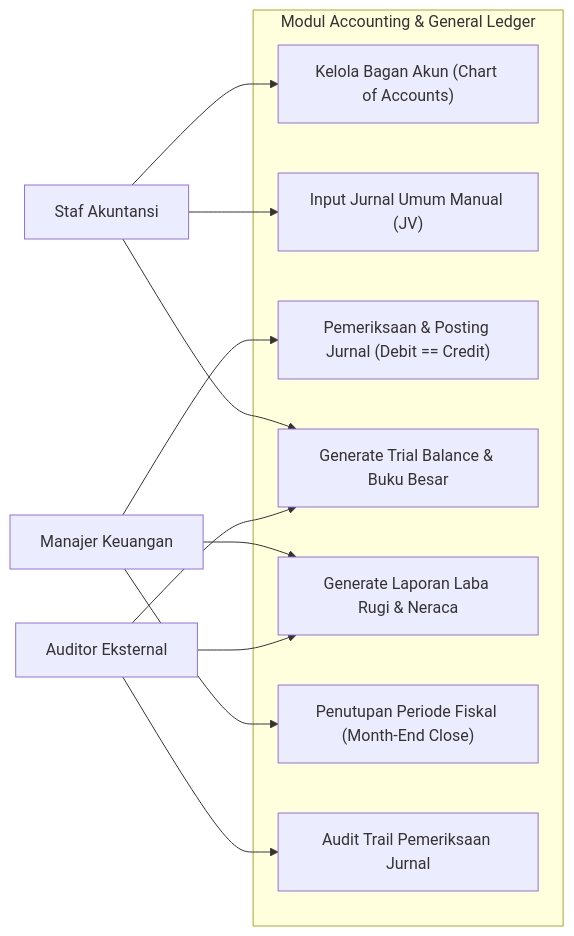
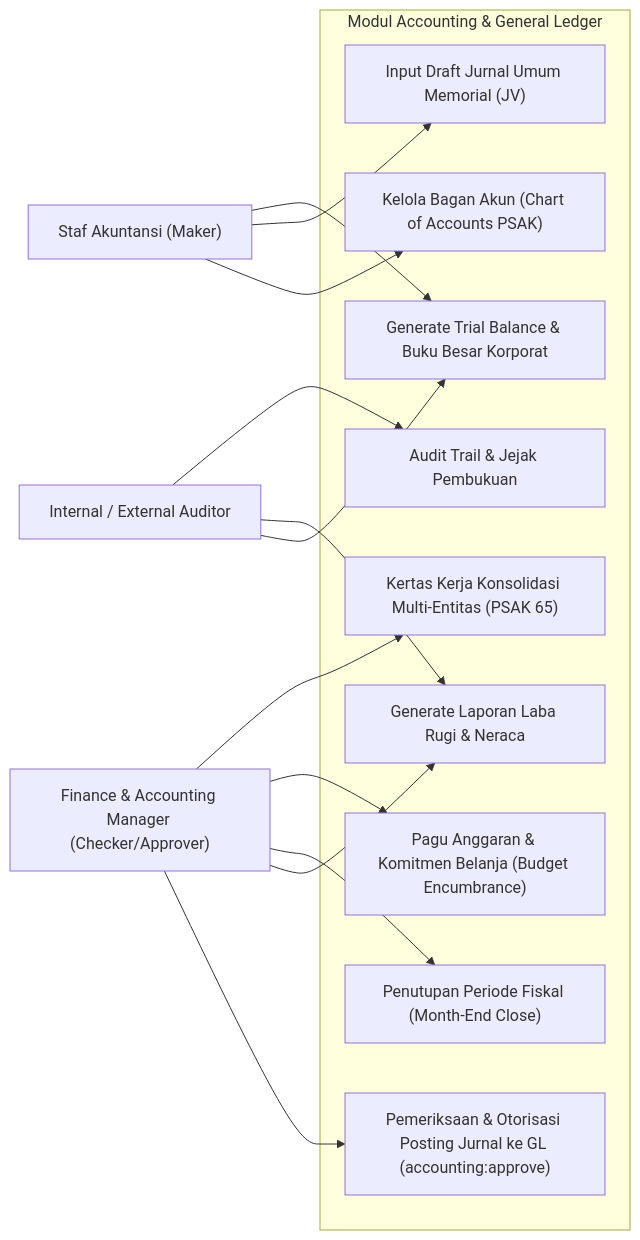
Before and after one commit to Vall-Here/mnf-erp-nextjs-golang: the first of 4 diagrams in sdd/01_accounting_sdd.md, drawn with Mermaid. The commit also changed other lines of this file and 10 other files, not shown here.

````diff
--- a/sdd/01_accounting_sdd.md
+++ b/sdd/01_accounting_sdd.md
@@ -13,28 +13,32 @@
 ```mermaid
 flowchart LR
-    AcctStaff["Staf Akuntansi"]
-    FinMgr["Manajer Keuangan"]
-    Auditor["Auditor Eksternal"]
+    AcctStaff["Staf Akuntansi (Maker)"]
+    FinMgr["Finance & Accounting Manager (Checker/Approver)"]
+    Auditor["Internal / External Auditor"]
 
     subgraph AccountingModule ["Modul Accounting & General Ledger"]
-        UC1["Kelola Bagan Akun (Chart of Accounts)"]
-        UC2["Input Jurnal Umum Manual (JV)"]
-        UC3["Pemeriksaan & Posting Jurnal (Debit == Credit)"]
-        UC4["Generate Trial Balance & Buku Besar"]
+        UC1["Kelola Bagan Akun (Chart of Accounts PSAK)"]
+        UC2["Input Draft Jurnal Umum Memorial (JV)"]
+        UC3["Pemeriksaan & Otorisasi Posting Jurnal ke GL (accounting:approve)"]
+        UC4["Generate Trial Balance & Buku Besar Korporat"]
         UC5["Generate Laporan Laba Rugi & Neraca"]
         UC6["Penutupan Periode Fiskal (Month-End Close)"]
-        UC7["Audit Trail Pemeriksaan Jurnal"]
+        UC7["Pagu Anggaran & Komitmen Belanja (Budget Encumbrance)"]
+        UC8["Kertas Kerja Konsolidasi Multi-Entitas (PSAK 65)"]
+        UC9["Audit Trail & Jejak Pembukuan"]
     end
 
     AcctStaff --> UC1
     AcctStaff --> UC2
     AcctStaff --> UC4
 
     FinMgr --> UC3
     FinMgr --> UC5
     FinMgr --> UC6
+    FinMgr --> UC7
+    FinMgr --> UC8
 
     Auditor --> UC4
     Auditor --> UC5
-    Auditor --> UC7
+    Auditor --> UC9
 ```
````
